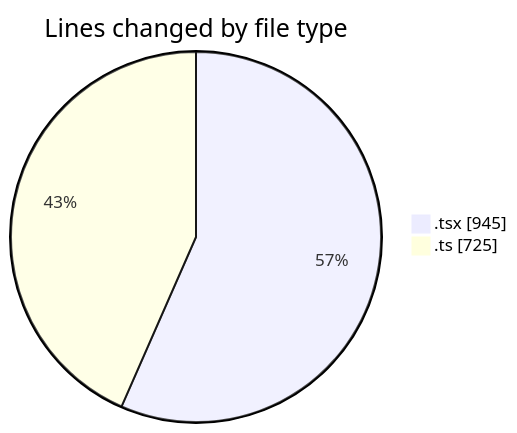
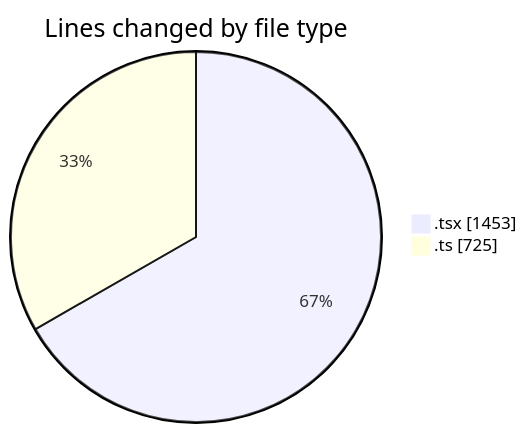
One commit to nxtqubesakshisongat/code-tracking changed the first of 2 diagrams in 2026-02-18/nxtqube_webapp/README.md. Above: the diagram before and after it, drawn with Mermaid. The commit also changed other lines of this file and 1 other file, not shown here.

````diff
--- a/2026-02-18/nxtqube_webapp/README.md
+++ b/2026-02-18/nxtqube_webapp/README.md
@@ -25,6 +25,6 @@
 ```mermaid
 pie showData
 title Lines changed by file type
-".tsx" : 945
+".tsx" : 1453
 ".ts" : 725
 ```
````
